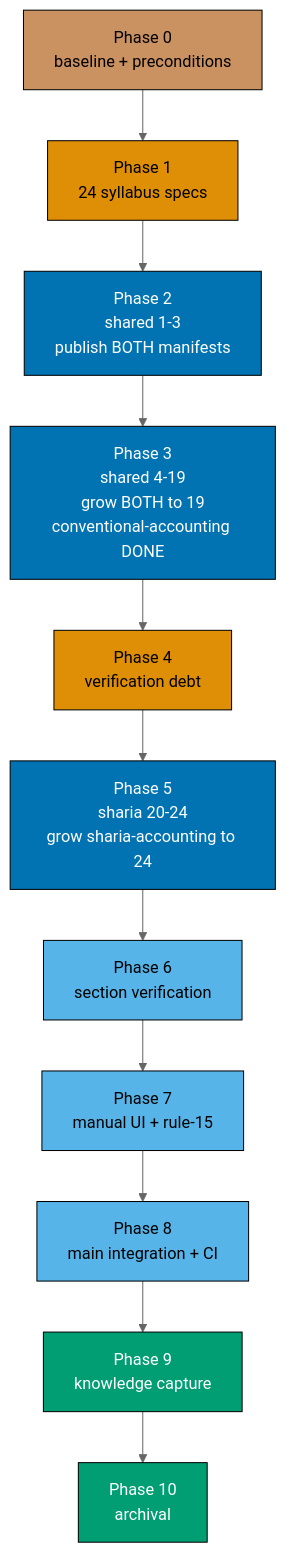
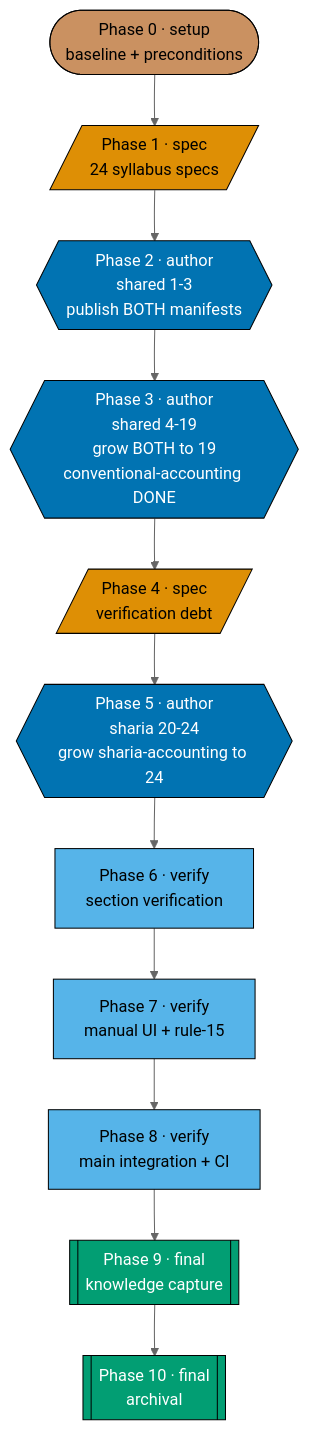
The third of 3 diagrams in plans/backlog/ayokoding-learning-path-06-skills-accounting/README.md (wahidyankf/baseerah), drawn with Mermaid (neutral theme) before and after one commit. The commit also changed other lines of this file and 67 other files, not shown here.

````diff
--- a/plans/backlog/ayokoding-learning-path-06-skills-accounting/README.md
+++ b/plans/backlog/ayokoding-learning-path-06-skills-accounting/README.md
@@ -285,23 +291,26 @@
 ```mermaid
 %% Phase progression. Every phase ends in a gate and a safe stopping point.
+%% Node SHAPE encodes phase category: stadium = setup, parallelogram = spec,
+%% hexagon = authoring, rectangle = verification, subroutine = finalisation.
+%% Each label also names its category in text. Colours are redundant with both.
 flowchart TD
-    P0["Phase 0<br/>baseline + preconditions"]:::setup
-    P1["Phase 1<br/>24 syllabus specs"]:::spec
-    P2["Phase 2<br/>shared 1-3<br/>publish BOTH manifests"]:::author
-    P3["Phase 3<br/>shared 4-19<br/>grow BOTH to 19<br/>conventional-accounting DONE"]:::author
-    P4["Phase 4<br/>verification debt"]:::spec
-    P5["Phase 5<br/>sharia 20-24<br/>grow sharia-accounting to 24"]:::author
-    P6["Phase 6<br/>section verification"]:::verify
-    P7["Phase 7<br/>manual UI + rule-15"]:::verify
-    P8["Phase 8<br/>main integration + CI"]:::verify
-    P9["Phase 9<br/>knowledge capture"]:::final
-    P10["Phase 10<br/>archival"]:::final
+    P0(["Phase 0 · setup<br/>baseline + preconditions"]):::setup
+    P1[/"Phase 1 · spec<br/>24 syllabus specs"/]:::spec
+    P2{{"Phase 2 · author<br/>shared 1-3<br/>publish BOTH manifests"}}:::author
+    P3{{"Phase 3 · author<br/>shared 4-19<br/>grow BOTH to 19<br/>conventional-accounting DONE"}}:::author
+    P4[/"Phase 4 · spec<br/>verification debt"/]:::spec
+    P5{{"Phase 5 · author<br/>sharia 20-24<br/>grow sharia-accounting to 24"}}:::author
+    P6["Phase 6 · verify<br/>section verification"]:::verify
+    P7["Phase 7 · verify<br/>manual UI + rule-15"]:::verify
+    P8["Phase 8 · verify<br/>main integration + CI"]:::verify
+    P9[["Phase 9 · final<br/>knowledge capture"]]:::final
+    P10[["Phase 10 · final<br/>archival"]]:::final
 
     P0 --> P1 --> P2 --> P3 --> P4 --> P5 --> P6 --> P7 --> P8 --> P9 --> P10
 
     classDef setup fill:#CA9161,stroke:#000000,color:#000000
     classDef spec fill:#DE8F05,stroke:#000000,color:#000000
     classDef author fill:#0173B2,stroke:#000000,color:#FFFFFF
     classDef verify fill:#56B4E9,stroke:#000000,color:#000000
     classDef final fill:#029E73,stroke:#000000,color:#FFFFFF
 ```
````
